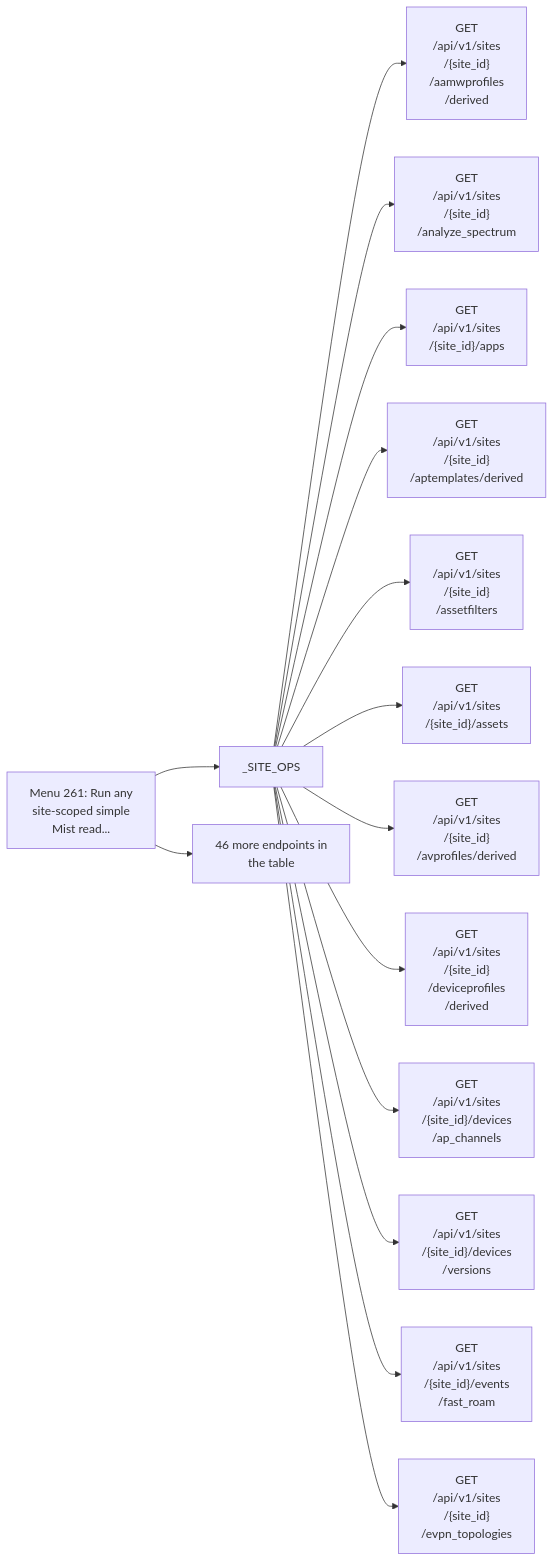
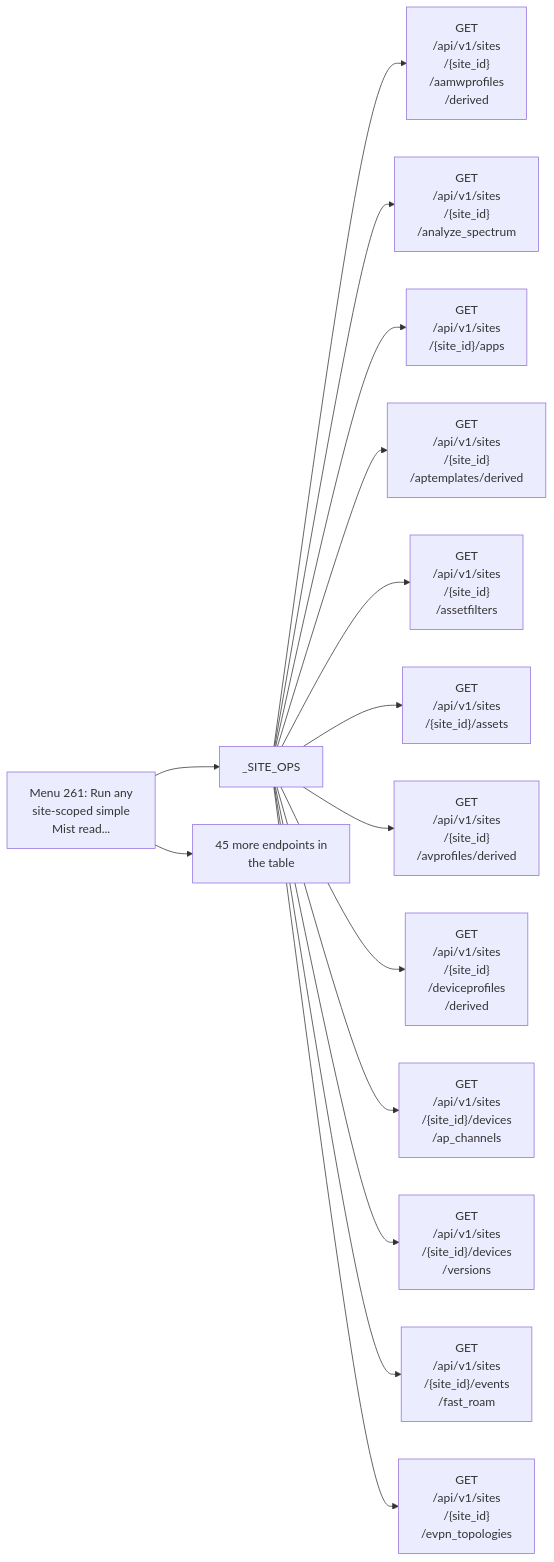
One commit to jmorrison-juniper/MistHelper changed diagram 18 of 26 in documentation/menu-api/interactive-safe.md. Above: the diagram before and after it, drawn with Mermaid. The commit also changed other lines of this file and 54 other files, not shown here.

````diff
--- a/documentation/menu-api/interactive-safe.md
+++ b/documentation/menu-api/interactive-safe.md
@@ -1409,18 +1408,18 @@
 ```mermaid
 flowchart LR
     menu["Menu 261: Run any<br/>site-scoped simple<br/>Mist read..."]
     menu --> c1["_SITE_OPS"]
     c1 --> e1["GET<br/>/api/v1/sites<br/>/{site_id}<br/>/aamwprofiles<br/>/derived"]
     c1 --> e2["GET<br/>/api/v1/sites<br/>/{site_id}<br/>/analyze_spectrum"]
     c1 --> e3["GET<br/>/api/v1/sites<br/>/{site_id}/apps"]
     c1 --> e4["GET<br/>/api/v1/sites<br/>/{site_id}<br/>/aptemplates/derived"]
     c1 --> e5["GET<br/>/api/v1/sites<br/>/{site_id}<br/>/assetfilters"]
     c1 --> e6["GET<br/>/api/v1/sites<br/>/{site_id}/assets"]
     c1 --> e7["GET<br/>/api/v1/sites<br/>/{site_id}<br/>/avprofiles/derived"]
     c1 --> e8["GET<br/>/api/v1/sites<br/>/{site_id}<br/>/deviceprofiles<br/>/derived"]
     c1 --> e9["GET<br/>/api/v1/sites<br/>/{site_id}/devices<br/>/ap_channels"]
     c1 --> e10["GET<br/>/api/v1/sites<br/>/{site_id}/devices<br/>/versions"]
     c1 --> e11["GET<br/>/api/v1/sites<br/>/{site_id}/events<br/>/fast_roam"]
     c1 --> e12["GET<br/>/api/v1/sites<br/>/{site_id}<br/>/evpn_topologies"]
-    menu --> more["46 more endpoints in<br/>the table"]
+    menu --> more["45 more endpoints in<br/>the table"]
 ```
````
